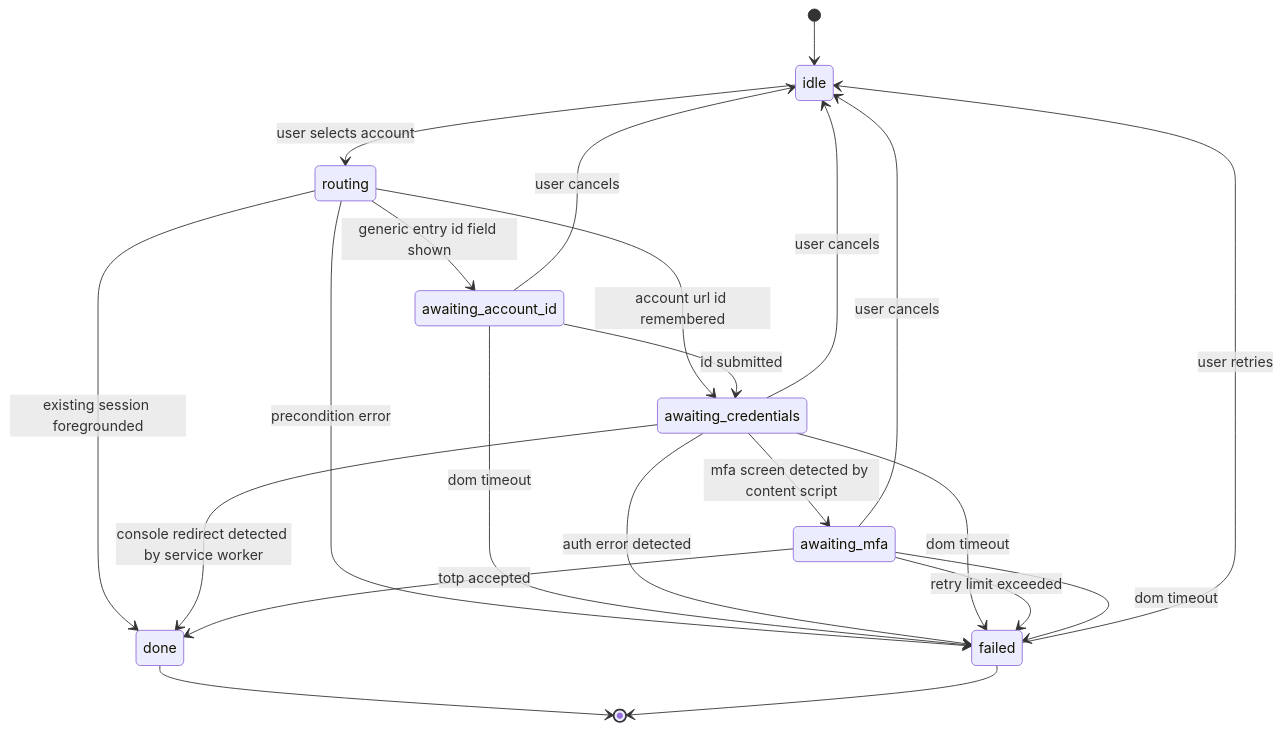
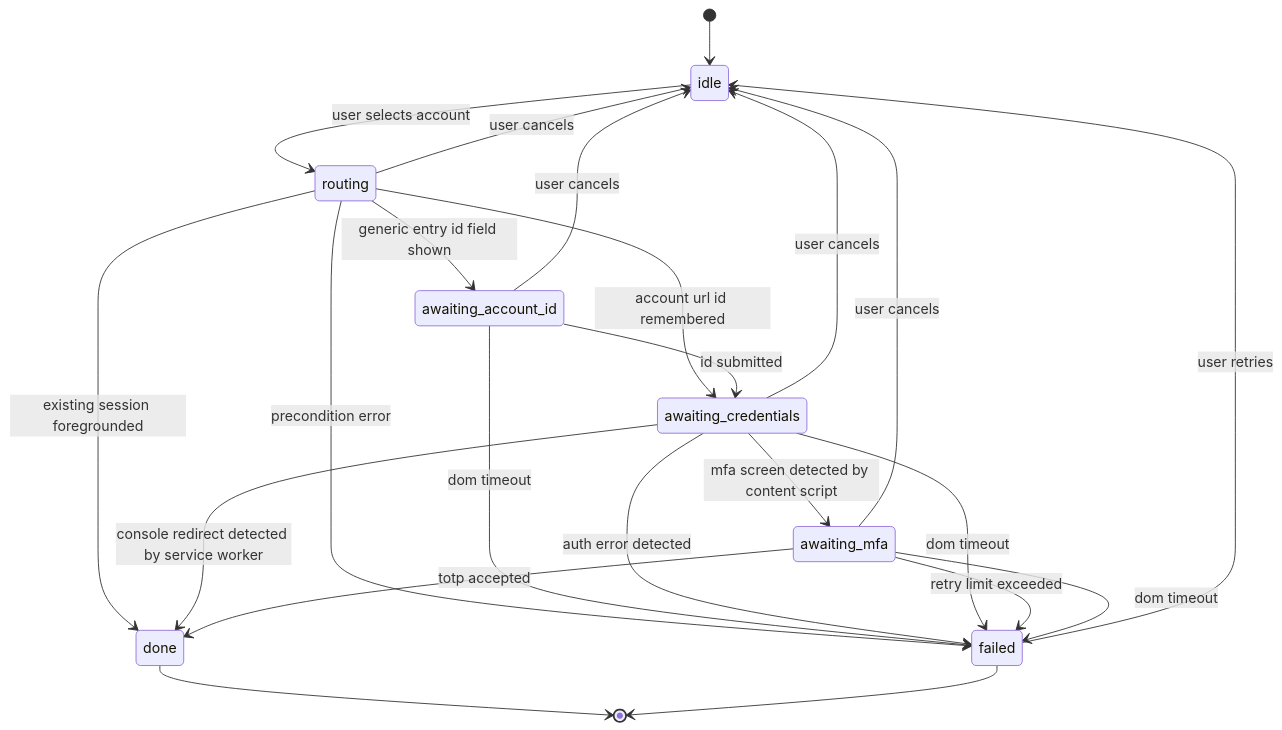
Before and after one commit to yohi/aws-console-switcher: the second of 4 diagrams in .kiro/specs/aws-console-switcher/design.md, drawn with Mermaid. The commit also changed other lines of this file and 1 other file, not shown here.

````diff
--- a/.kiro/specs/aws-console-switcher/design.md
+++ b/.kiro/specs/aws-console-switcher/design.md
@@ -86,24 +86,25 @@
 ```mermaid
 stateDiagram-v2
     [*] --> idle
     idle --> routing: user selects account
     routing --> done: existing session foregrounded
     routing --> awaiting_account_id: generic entry id field shown
     routing --> awaiting_credentials: account url id remembered
     routing --> failed: precondition error
     awaiting_account_id --> awaiting_credentials: id submitted
     awaiting_account_id --> failed: dom timeout
     awaiting_credentials --> awaiting_mfa: mfa screen detected by content script
     awaiting_credentials --> done: console redirect detected by service worker
     awaiting_credentials --> failed: auth error detected
     awaiting_credentials --> failed: dom timeout
     awaiting_mfa --> done: totp accepted
     awaiting_mfa --> failed: retry limit exceeded
     awaiting_mfa --> failed: dom timeout
+    routing --> idle: user cancels
     awaiting_account_id --> idle: user cancels
     awaiting_credentials --> idle: user cancels
     awaiting_mfa --> idle: user cancels
     failed --> idle: user retries
     done --> [*]
     failed --> [*]
 ```
````
